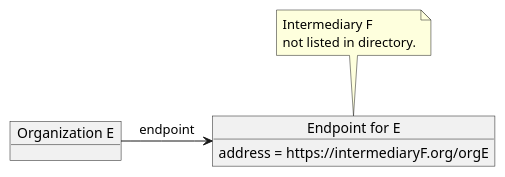
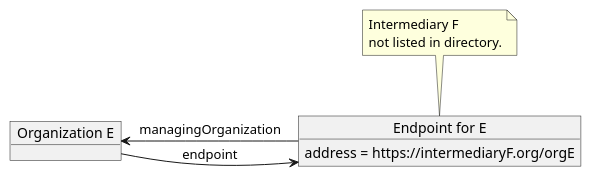
Before and after one commit to IHE/ITI.mCSD: the diagram in input/images-source/dir-org-specific-endpoint-inter.plantuml, drawn with PlantUML.

```diff
--- a/input/images-source/dir-org-specific-endpoint-inter.plantuml
+++ b/input/images-source/dir-org-specific-endpoint-inter.plantuml
@@ -1,12 +1,13 @@
 @startuml
 hide footbox
 
 object "Organization E" as OrganizationE
 object "Endpoint for E" as EndpointE
 EndpointE : address = https://intermediaryF.org/orgE
 
 OrganizationE -> EndpointE : endpoint
 note "Intermediary F\nnot listed in directory." as N1
 N1 .. EndpointE
+OrganizationE <- EndpointE : managingOrganization
 
 @enduml
```
